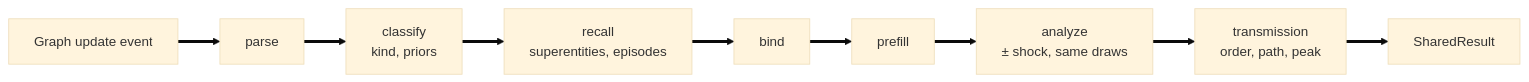
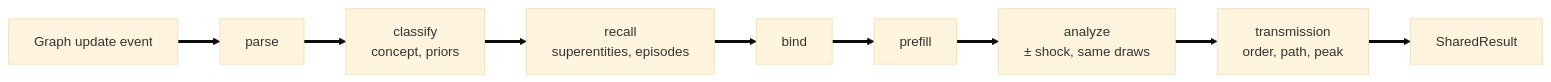
The diagram in docs/design/diagrams/shared-read.mmd (Axelrod-AI-Engineering/world-model), drawn with Mermaid (base theme) before and after one commit. The commit also changed 59 other files, not shown here.

First line of the commit message:
Sally polish: a lean transmission path, concept outlines, "concept" for kind, faster forecasts, and a CSS fix

```diff
--- a/docs/design/diagrams/shared-read.mmd
+++ b/docs/design/diagrams/shared-read.mmd
@@ -1,3 +1,3 @@
 flowchart LR
-  E["Graph update event"]:::start ==> P["parse"]:::step ==> C["classify<br/>kind, priors"]:::step ==> R["recall<br/>superentities, episodes"]:::step
+  E["Graph update event"]:::start ==> P["parse"]:::step ==> C["classify<br/>concept, priors"]:::step ==> R["recall<br/>superentities, episodes"]:::step
   R ==> B["bind"]:::step ==> F["prefill"]:::step ==> A["analyze<br/>± shock, same draws"]:::step ==> T["transmission<br/>order, path, peak"]:::step ==> O["SharedResult"]:::done
```
